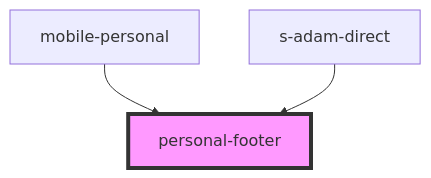
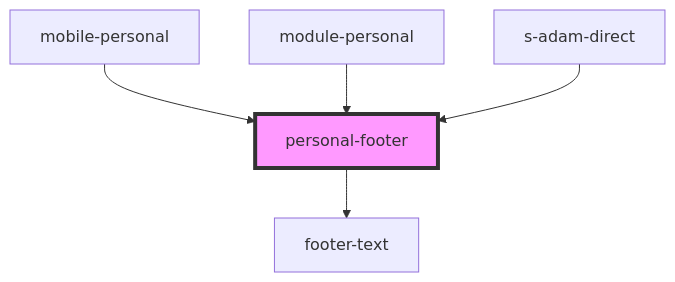
The diagram in src/components/shared/personal-footer/readme.md (saqhan/stencil-chat), drawn with Mermaid before and after one commit. The commit also changed other lines of this file and 24 other files, not shown here.

````diff
--- a/src/components/shared/personal-footer/readme.md
+++ b/src/components/shared/personal-footer/readme.md
@@ -30,6 +35,8 @@
 ```mermaid
 graph TD;
+  personal-footer --> footer-text
   mobile-personal --> personal-footer
+  module-personal --> personal-footer
   s-adam-direct --> personal-footer
   style personal-footer fill:#f9f,stroke:#333,stroke-width:4px
 ```
````
